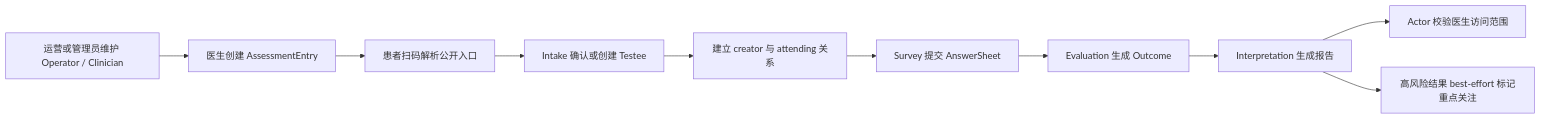
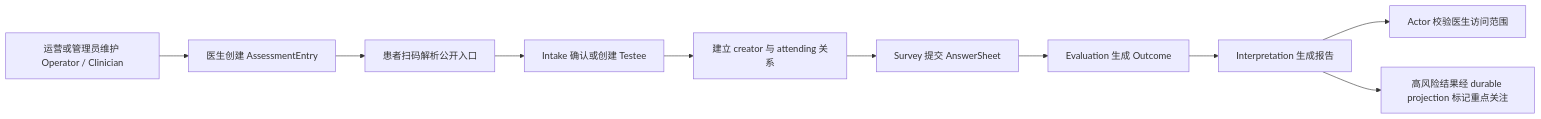
One commit to FangcunMount/qs-server changed the diagram in docs/02-业务模块/50-actor/README.md. Above: the diagram before and after it, drawn with Mermaid. The commit also changed other lines of this file and 2 other files, not shown here.

Commit message:
docs: 校准 Attention 可靠投影现状

````diff
--- a/docs/02-业务模块/50-actor/README.md
+++ b/docs/02-业务模块/50-actor/README.md
@@ -94,12 +94,12 @@
 ```mermaid
 flowchart LR
     O["运营或管理员维护 Operator / Clinician"] --> E["医生创建 AssessmentEntry"]
     E --> Q["患者扫码解析公开入口"]
     Q --> I["Intake 确认或创建 Testee"]
     I --> R["建立 creator 与 attending 关系"]
     R --> S["Survey 提交 AnswerSheet"]
     S --> V["Evaluation 生成 Outcome"]
     V --> P["Interpretation 生成报告"]
     P --> A["Actor 校验医生访问范围"]
-    P --> K["高风险结果 best-effort 标记重点关注"]
+    P --> K["高风险结果经 durable projection 标记重点关注"]
 ```
````
